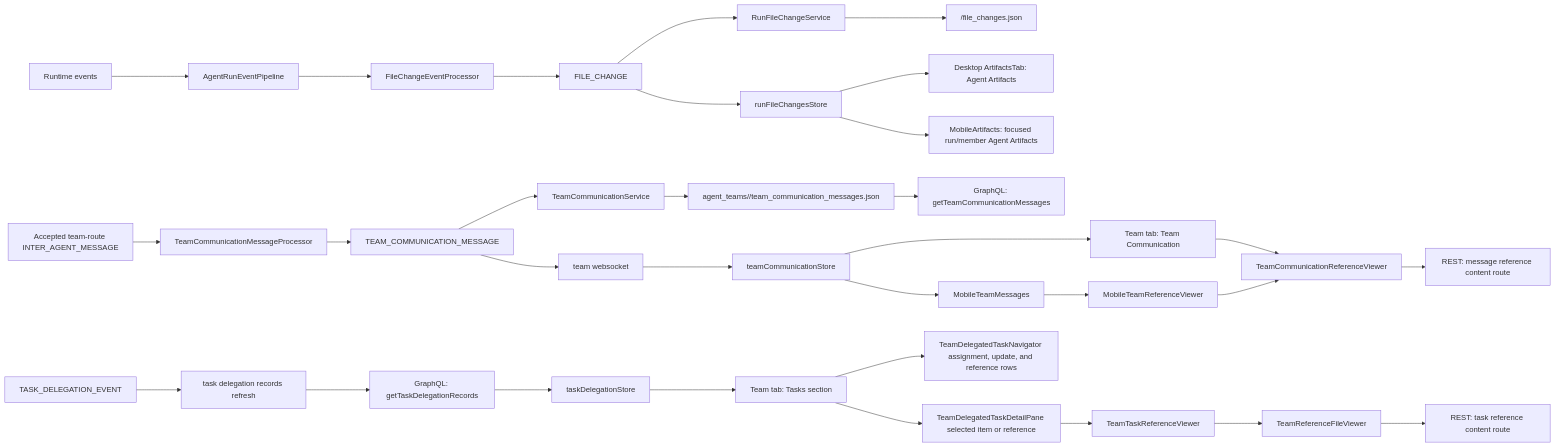
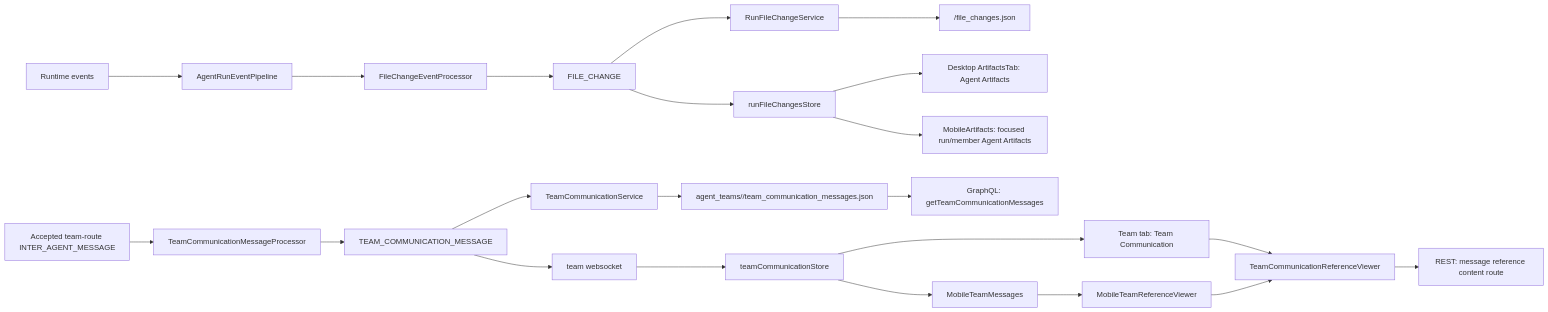
One commit to AutoByteus/autobyteus-workspace changed the diagram in autobyteus-web/docs/agent_artifacts.md. Above: the diagram before and after it, drawn with Mermaid. The commit also changed other lines of this file and 59 other files, not shown here.

First line of the commit message:
docs(ticket): archive task-delegation-resource-lifecycle with delivery records

````diff
--- a/autobyteus-web/docs/agent_artifacts.md
+++ b/autobyteus-web/docs/agent_artifacts.md
@@ -191,35 +144,25 @@
 ```mermaid
 flowchart LR
   A[Runtime events] --> B[AgentRunEventPipeline]
   B --> C[FileChangeEventProcessor]
   C --> D[FILE_CHANGE]
   D --> E[RunFileChangeService]
   E --> F[<run-memory-dir>/file_changes.json]
   D --> G[runFileChangesStore]
   G --> H[Desktop ArtifactsTab: Agent Artifacts]
   G --> U[MobileArtifacts: focused run/member Agent Artifacts]
 
   I[Accepted team-route INTER_AGENT_MESSAGE] --> J[TeamCommunicationMessageProcessor]
   J --> K[TEAM_COMMUNICATION_MESSAGE]
   K --> L[TeamCommunicationService]
   L --> N[agent_teams/<teamRunId>/team_communication_messages.json]
   K --> M[team websocket]
   M --> P[teamCommunicationStore]
   N --> O[GraphQL: getTeamCommunicationMessages]
   P --> R[Team tab: Team Communication]
   R --> S[TeamCommunicationReferenceViewer]
   S --> T[REST: message reference content route]
   P --> V[MobileTeamMessages]
   V --> W[MobileTeamReferenceViewer]
   W --> S
-
-  X[TASK_DELEGATION_EVENT] --> Y[task delegation records refresh]
-  Y --> YA[GraphQL: getTaskDelegationRecords]
-  YA --> YB[taskDelegationStore]
-  YB --> Z[Team tab: Tasks section]
-  Z --> ZA[TeamDelegatedTaskNavigator assignment, update, and reference rows]
-  Z --> AA[TeamDelegatedTaskDetailPane selected item or reference]
-  AA --> AB[TeamTaskReferenceViewer]
-  AB --> AC[TeamReferenceFileViewer]
-  AC --> AD[REST: task reference content route]
 ```
````
